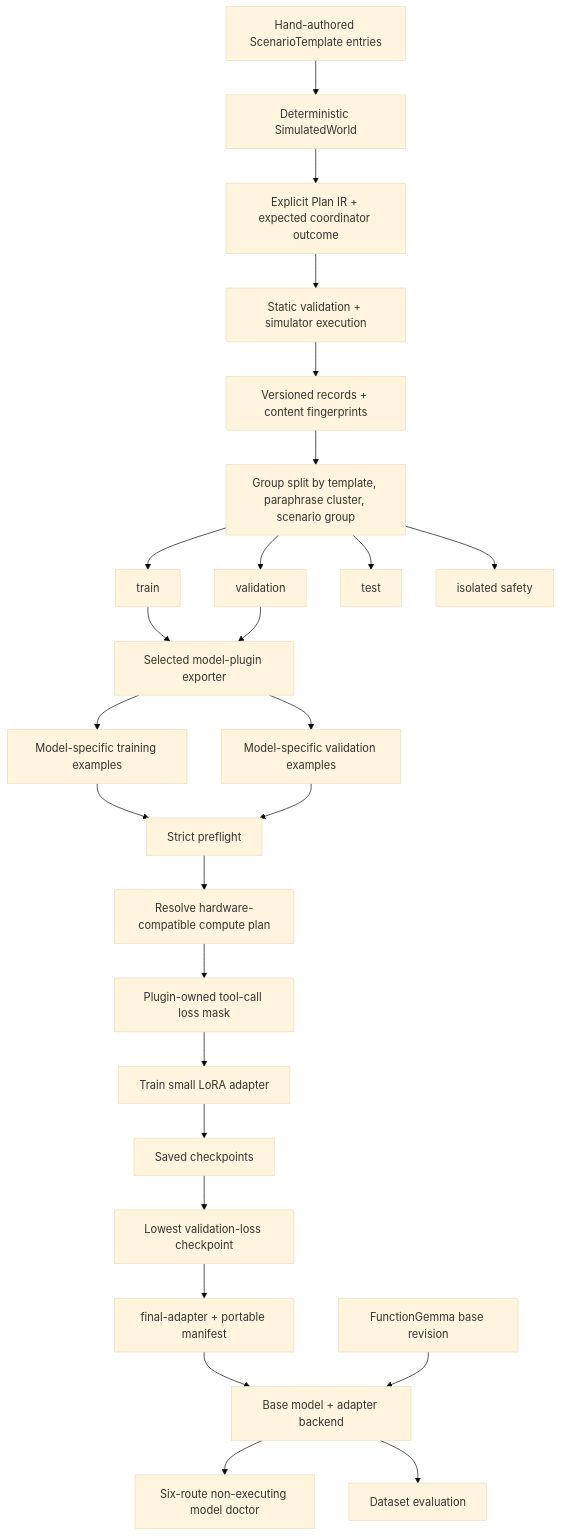
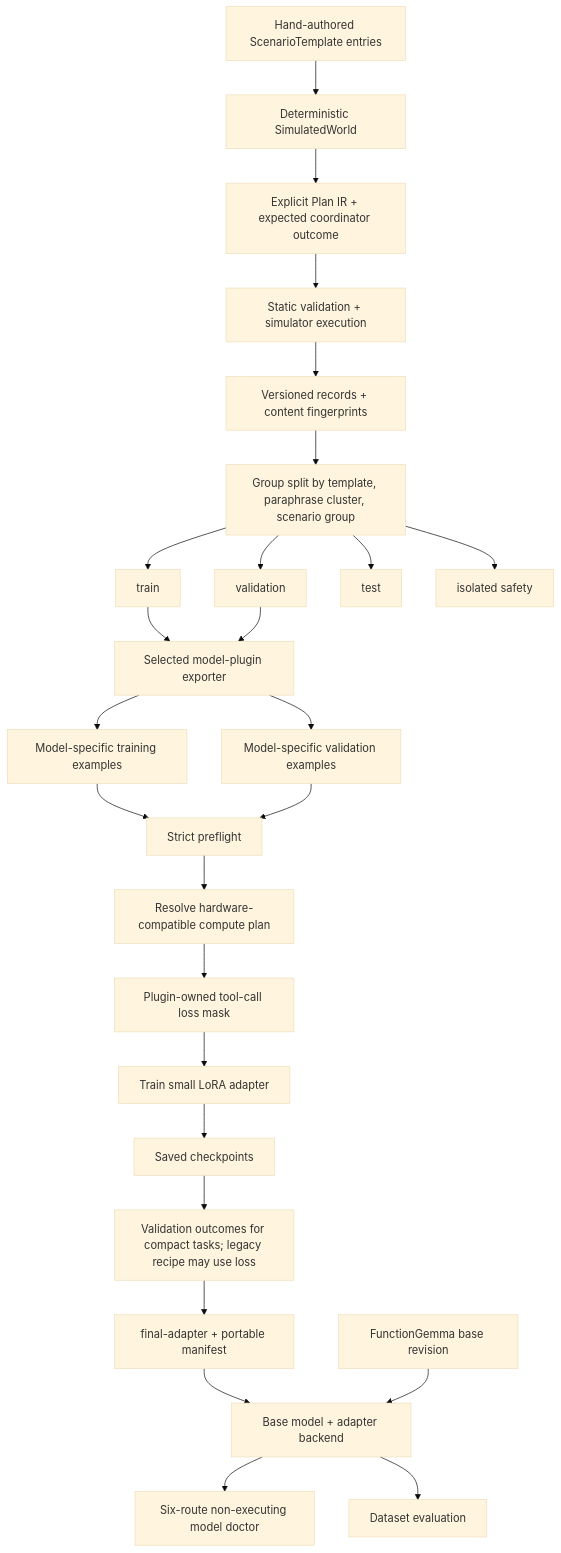
Before and after one commit to takuphilchan/edge-delegate: the first of 2 diagrams in docs/model-lifecycle.md, drawn with Mermaid (base theme). The commit also changed other lines of this file and 25 other files, not shown here.

````diff
--- a/docs/model-lifecycle.md
+++ b/docs/model-lifecycle.md
@@ -34,30 +40,30 @@
 ```mermaid
 flowchart TD
     Templates[Hand-authored ScenarioTemplate entries] --> World[Deterministic SimulatedWorld]
     World --> Gold[Explicit Plan IR + expected coordinator outcome]
     Gold --> Validate[Static validation + simulator execution]
     Validate --> Records[Versioned records + content fingerprints]
     Records --> GroupSplit[Group split by template, paraphrase cluster, scenario group]
     GroupSplit --> TrainSplit[train]
     GroupSplit --> ValidationSplit[validation]
     GroupSplit --> TestSplit[test]
     GroupSplit --> SafetySplit[isolated safety]
 
     TrainSplit --> PluginExport[Selected model-plugin exporter]
     ValidationSplit --> PluginExport
     PluginExport --> SFTTrain[Model-specific training examples]
     PluginExport --> SFTEval[Model-specific validation examples]
     SFTTrain --> Preflight[Strict preflight]
     SFTEval --> Preflight
     Preflight --> Compute[Resolve hardware-compatible compute plan]
     Compute --> Mask[Plugin-owned tool-call loss mask]
     Mask --> LoRA[Train small LoRA adapter]
     LoRA --> Checkpoints[Saved checkpoints]
-    Checkpoints --> Best[Lowest validation-loss checkpoint]
+    Checkpoints --> Best[Validation outcomes for compact tasks; legacy recipe may use loss]
     Best --> Adapter[final-adapter + portable manifest]
 
     Adapter --> Backend[Base model + adapter backend]
     Base[FunctionGemma base revision] --> Backend
     Backend --> Doctor[Six-route non-executing model doctor]
     Backend --> Evaluator[Dataset evaluation]
 ```
````
